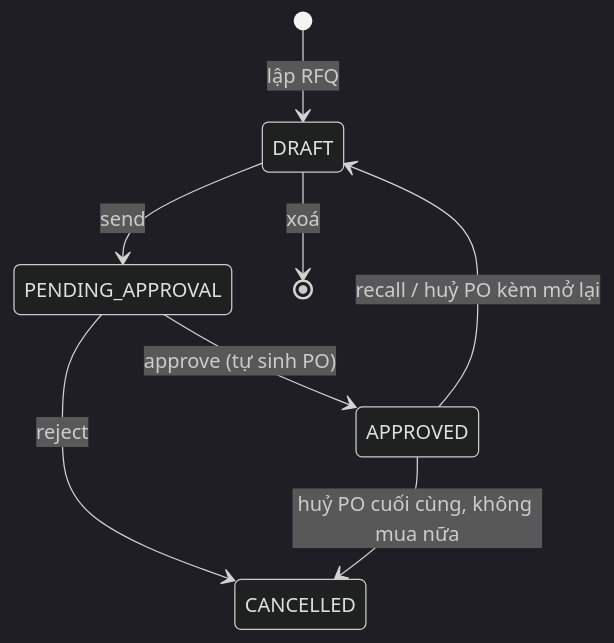
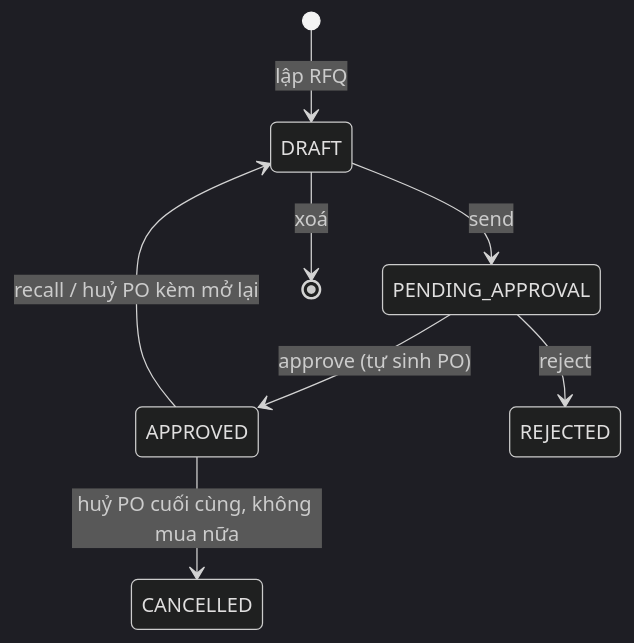
The third of 5 diagrams in docs/domains/purchasing.md (VoDinhViet/be-quanlysanxuat), drawn with Mermaid (dark theme) before and after one commit. The commit also changed other lines of this file and 8 other files, not shown here.

````diff
--- a/docs/domains/purchasing.md
+++ b/docs/domains/purchasing.md
@@ -70,10 +70,10 @@
 ```mermaid
 stateDiagram-v2
   [*] --> DRAFT: lập RFQ
   DRAFT --> PENDING_APPROVAL: send
   PENDING_APPROVAL --> APPROVED: approve (tự sinh PO)
-  PENDING_APPROVAL --> CANCELLED: reject
+  PENDING_APPROVAL --> REJECTED: reject
   APPROVED --> DRAFT: recall / huỷ PO kèm mở lại
   APPROVED --> CANCELLED: huỷ PO cuối cùng, không mua nữa
   DRAFT --> [*]: xoá
 ```
````
